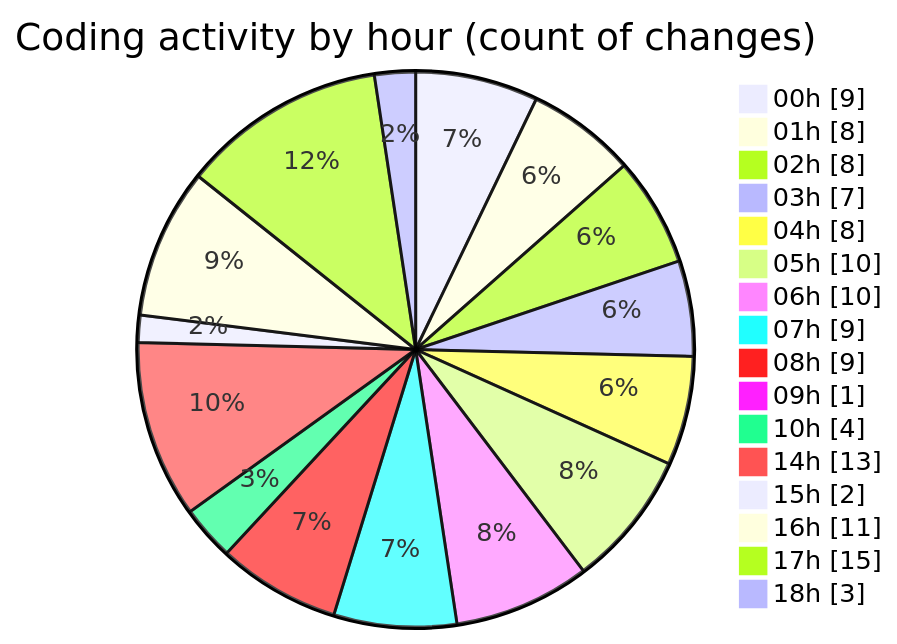
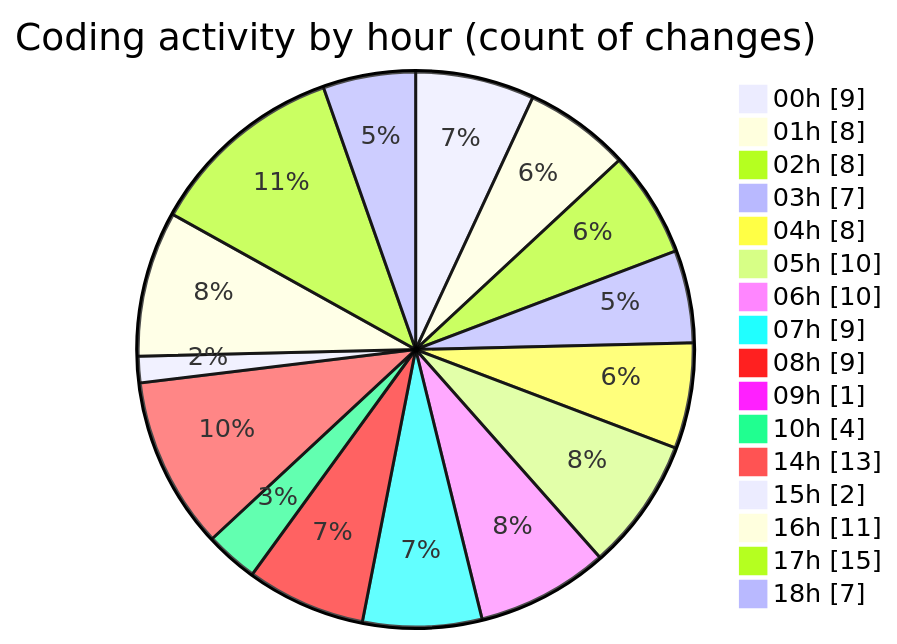
Before and after one commit to jrari/code-tracking: the second of 2 diagrams in 2025-07-14/telebot/README.md, drawn with Mermaid. The commit also changed other lines of this file and 1 other file, not shown here.

````diff
--- a/2025-07-14/telebot/README.md
+++ b/2025-07-14/telebot/README.md
@@ -75,20 +76,20 @@
 ```mermaid
 pie showData
 title Coding activity by hour (count of changes)
 "00h" : 9
 "01h" : 8
 "02h" : 8
 "03h" : 7
 "04h" : 8
 "05h" : 10
 "06h" : 10
 "07h" : 9
 "08h" : 9
 "09h" : 1
 "10h" : 4
 "14h" : 13
 "15h" : 2
 "16h" : 11
 "17h" : 15
-"18h" : 3
+"18h" : 7
 ```
````
